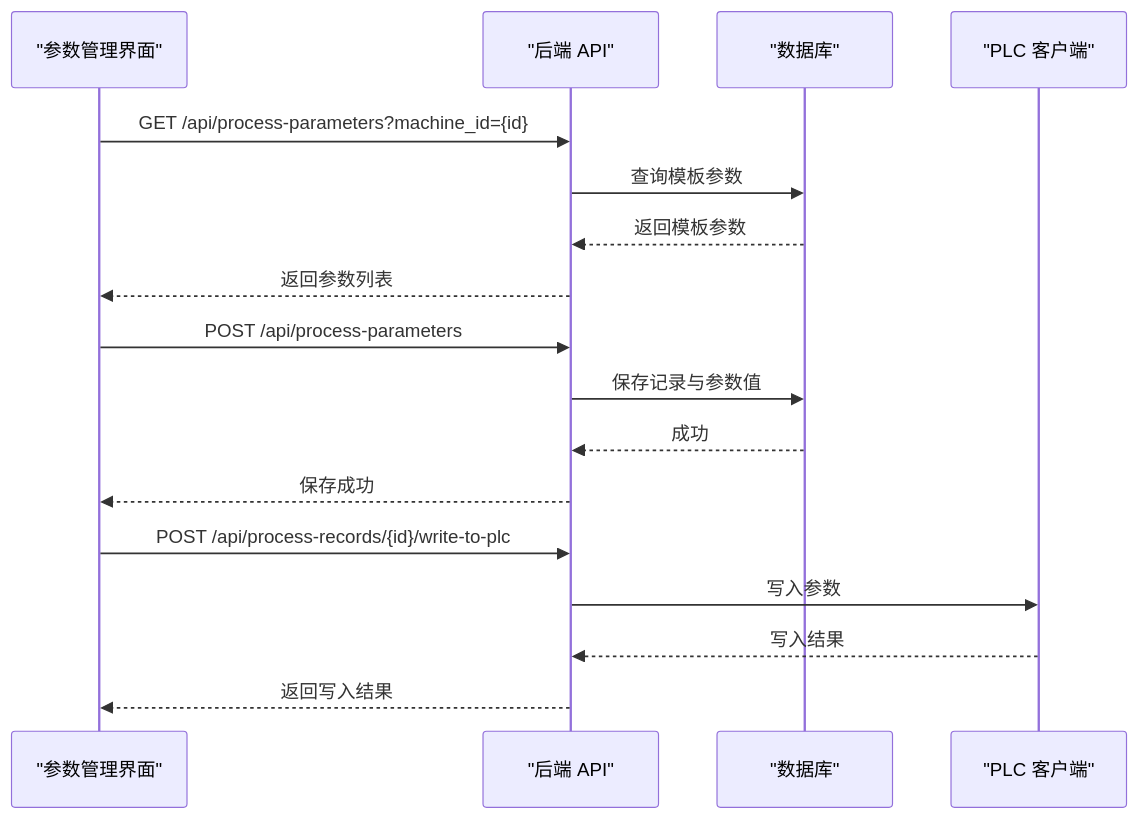
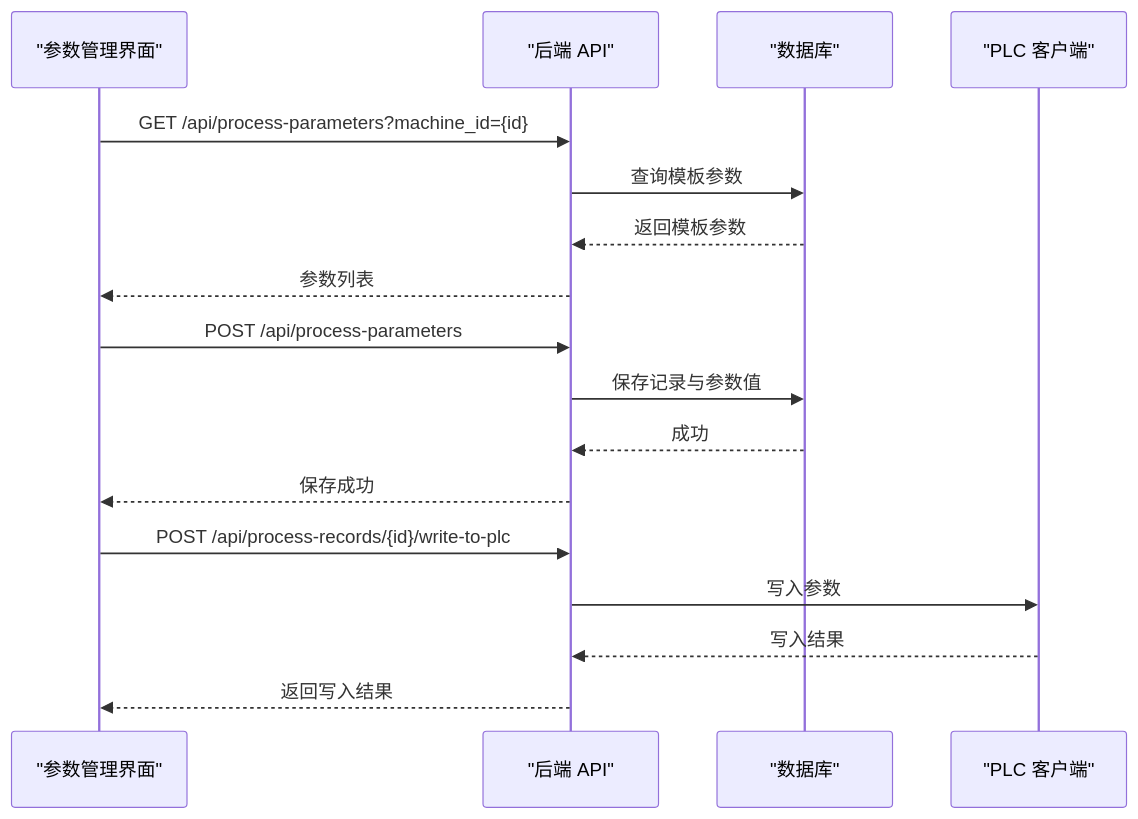
Before and after one commit to pcb0y/plctodb: the fifth of 7 diagrams in .qoder/repowiki/zh/content/前端开发.md, drawn with Mermaid. The commit also changed other lines of this file and 9 other files, not shown here.

````diff
--- a/.qoder/repowiki/zh/content/前端开发.md
+++ b/.qoder/repowiki/zh/content/前端开发.md
@@ -241,19 +255,19 @@
 ```mermaid
 sequenceDiagram
 participant UI as "参数管理界面"
 participant API as "后端 API"
 participant DB as "数据库"
 participant PLC as "PLC 客户端"
 UI->>API : GET /api/process-parameters?machine_id={id}
 API->>DB : 查询模板参数
 DB-->>API : 返回模板参数
-API-->>UI : 返回参数列表
+API-->>UI : 参数列表
 UI->>API : POST /api/process-parameters
 API->>DB : 保存记录与参数值
 DB-->>API : 成功
 API-->>UI : 保存成功
 UI->>API : POST /api/process-records/{id}/write-to-plc
 API->>PLC : 写入参数
 PLC-->>API : 写入结果
 API-->>UI : 返回写入结果
 ```
````
